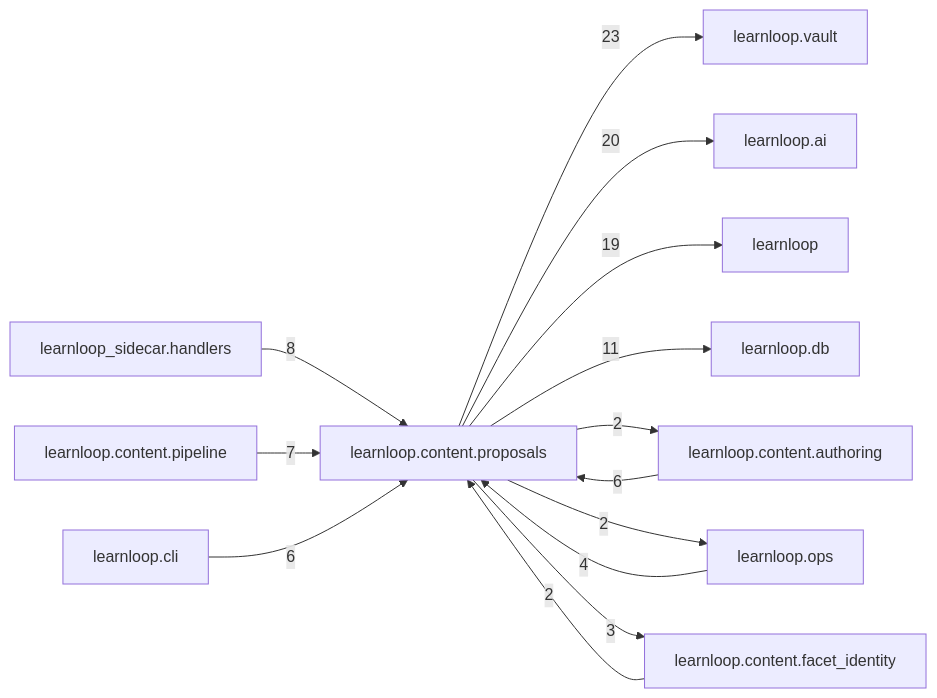
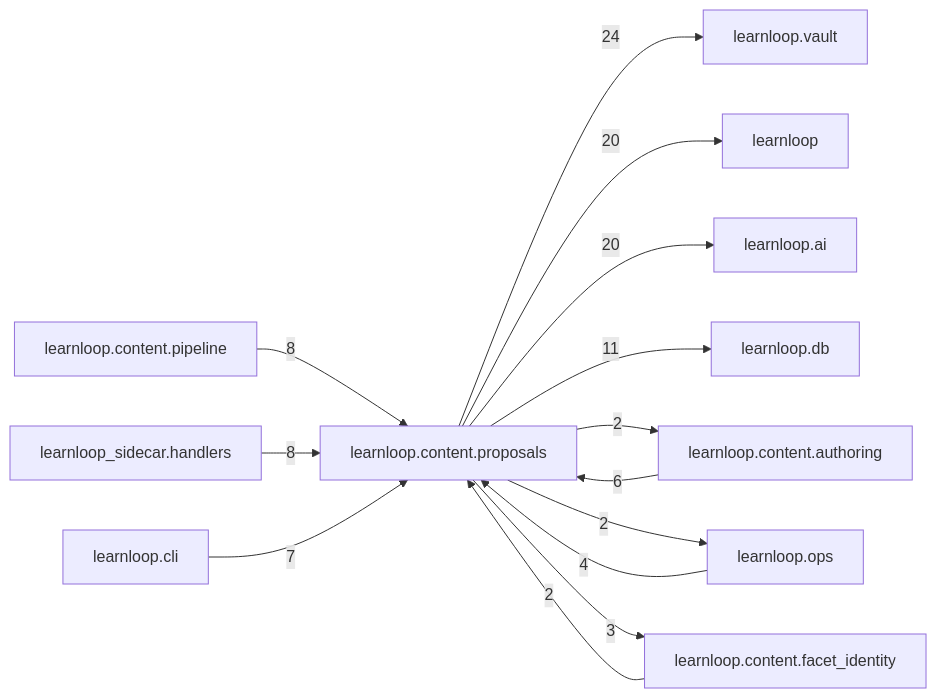
One commit to 6up-b/learnanything changed the diagram in docs/learnloop-architecture-vault/Reference/Modules/learnloop/content/proposals/_package.md. Above: the diagram before and after it, drawn with Mermaid. The commit also changed other lines of this file and 30 other files, not shown here.

````diff
--- a/docs/learnloop-architecture-vault/Reference/Modules/learnloop/content/proposals/_package.md
+++ b/docs/learnloop-architecture-vault/Reference/Modules/learnloop/content/proposals/_package.md
@@ -106,27 +108,27 @@
 ```mermaid
 flowchart LR
     center["learnloop.content.proposals"]
     n_learnloop_vault["learnloop.vault"]
+    n_learnloop["learnloop"]
     n_learnloop_ai["learnloop.ai"]
-    n_learnloop["learnloop"]
     n_learnloop_db["learnloop.db"]
     n_learnloop_content_authoring["learnloop.content.authoring"]
+    n_learnloop_content_pipeline["learnloop.content.pipeline"]
     n_learnloop_sidecar_handlers["learnloop_sidecar.handlers"]
-    n_learnloop_content_pipeline["learnloop.content.pipeline"]
     n_learnloop_cli["learnloop.cli"]
     n_learnloop_ops["learnloop.ops"]
     n_learnloop_content_facet_identity["learnloop.content.facet_identity"]
-    center -->|23| n_learnloop_vault
+    center -->|24| n_learnloop_vault
+    center -->|20| n_learnloop
     center -->|20| n_learnloop_ai
-    center -->|19| n_learnloop
     center -->|11| n_learnloop_db
     n_learnloop_content_authoring -->|6| center
     center -->|2| n_learnloop_content_authoring
+    n_learnloop_content_pipeline -->|8| center
     n_learnloop_sidecar_handlers -->|8| center
-    n_learnloop_content_pipeline -->|7| center
-    n_learnloop_cli -->|6| center
+    n_learnloop_cli -->|7| center
     n_learnloop_ops -->|4| center
     center -->|2| n_learnloop_ops
     n_learnloop_content_facet_identity -->|2| center
     center -->|3| n_learnloop_content_facet_identity
 ```
````
